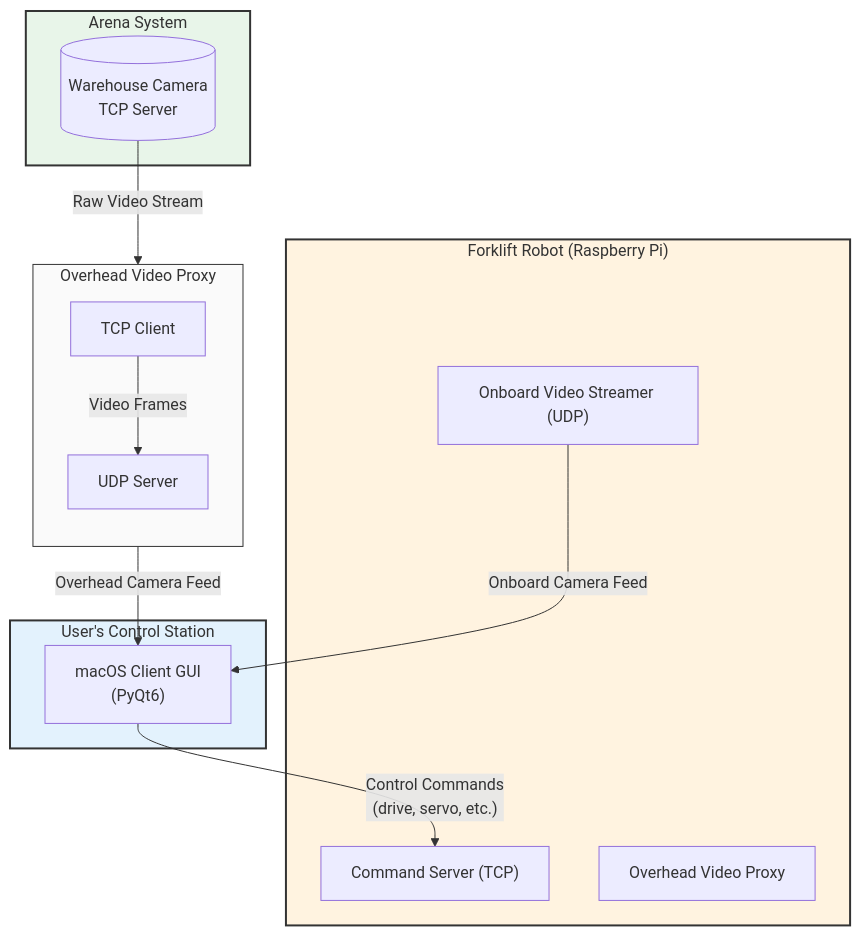
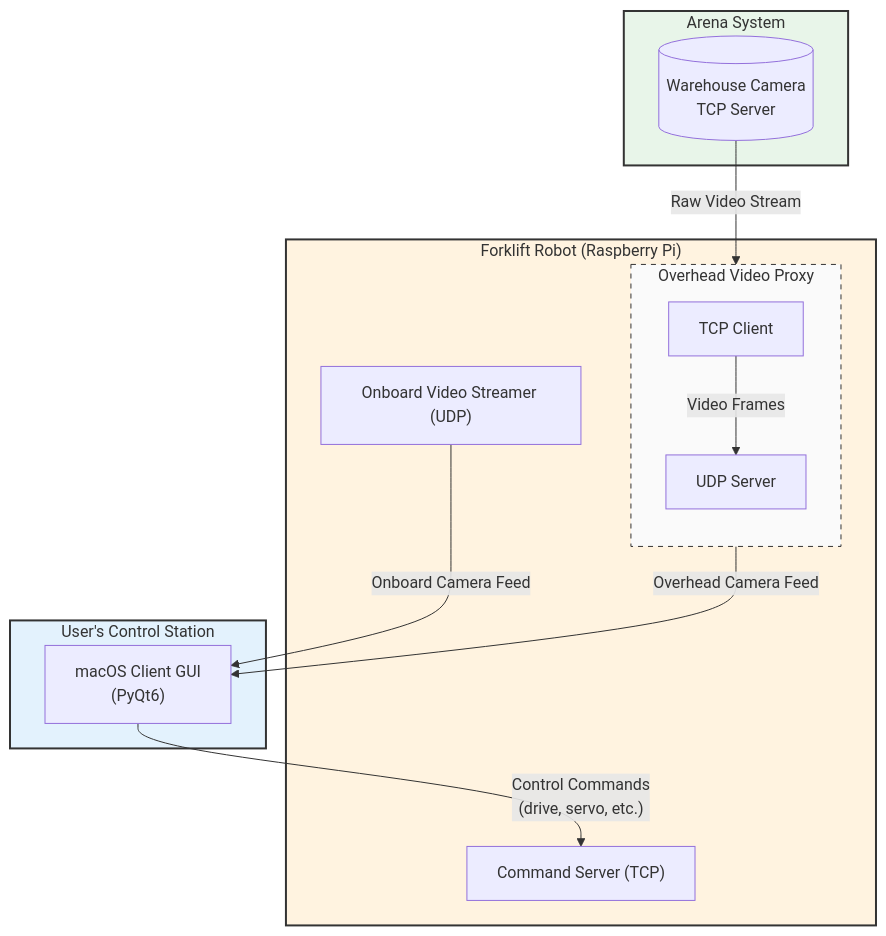
The diagram in README.md (bradenvanderwoerd/forklift), drawn with Mermaid before and after one commit.

Commit message:
Refactor README.md to reorganize the Overhead Video Proxy subgraph for improved clarity. The proxy components are now encapsulated within a dedicated subgraph, enhancing the visual representation of the system architecture. Additionally, updated the proxy style to include a dashed border for better distinction in the diagram.

````diff
--- a/README.md
+++ b/README.md
@@ -40,35 +40,34 @@
 ```mermaid
 graph TD
     subgraph arena ["Arena System"]
         WarehouseCam[("Warehouse Camera<br>TCP Server")]
     end
 
     subgraph robot ["Forklift Robot (Raspberry Pi)"]
         CmdServer["Command Server (TCP)"]
         OnboardVideo["Onboard Video Streamer (UDP)"]
-        OverheadProxy["Overhead Video Proxy"]
+        
+        subgraph proxy ["Overhead Video Proxy"]
+            direction TB
+            ProxyClient["TCP Client"]
+            ProxyServer["UDP Server"]
+            ProxyClient -- "Video Frames" --> ProxyServer
+        end
     end
 
     subgraph station ["User's Control Station"]
         ClientApp["macOS Client GUI<br>(PyQt6)"]
-    end
-
-    subgraph proxy [Overhead Video Proxy]
-        direction TB
-        ProxyClient["TCP Client"]
-        ProxyServer["UDP Server"]
-        ProxyClient -- "Video Frames" --> ProxyServer
     end
 
     %% Data Flow
     ClientApp -- "Control Commands<br>(drive, servo, etc.)" --> CmdServer
     OnboardVideo -- "Onboard Camera Feed" --> ClientApp
     ProxyServer -- "Overhead Camera Feed" --> ClientApp
     WarehouseCam -- "Raw Video Stream" --> ProxyClient
 
     %% Styling
     style arena fill:#e8f5e9, stroke:#333, stroke-width:2px
     style robot fill:#fff3e0, stroke:#333, stroke-width:2px
     style station fill:#e3f2fd, stroke:#333, stroke-width:2px
-    style proxy fill:#fafafa, stroke:#333, stroke-width:1px
+    style proxy fill:#fafafa, stroke:#333, stroke-width:1px, stroke-dasharray: 5 5
 ```
````
